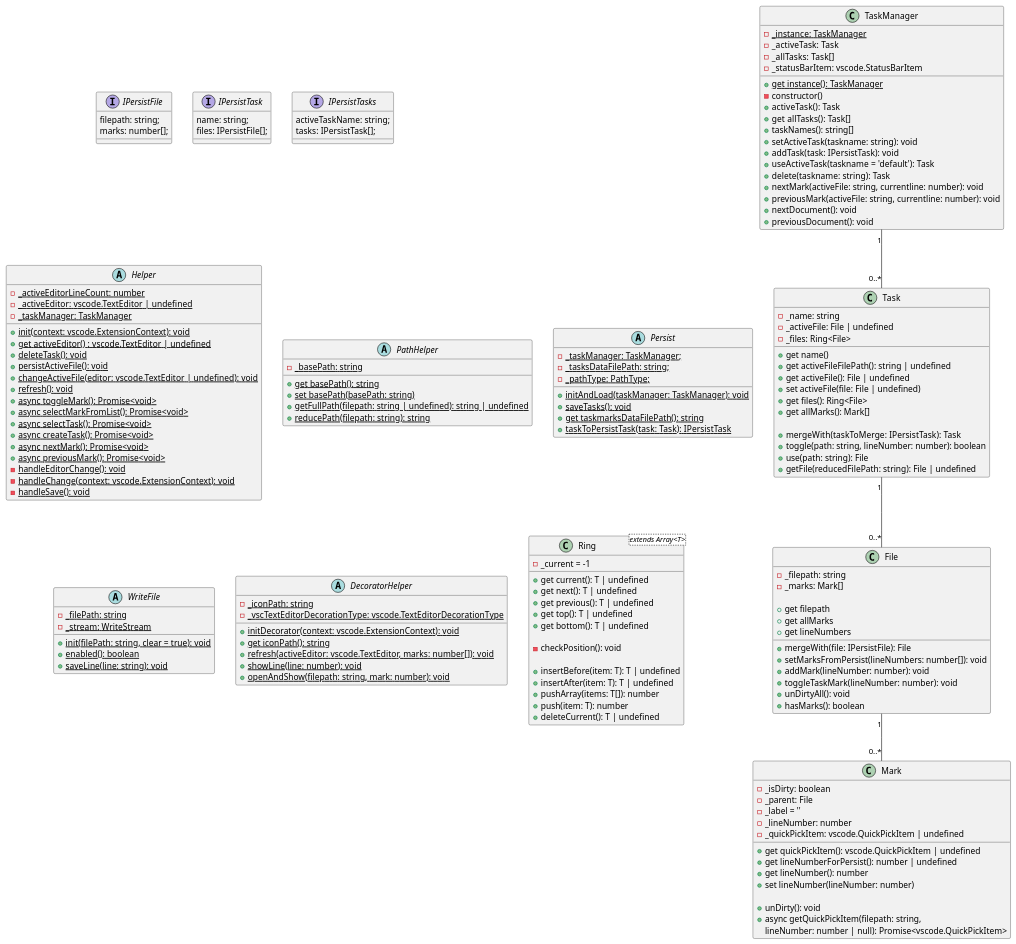
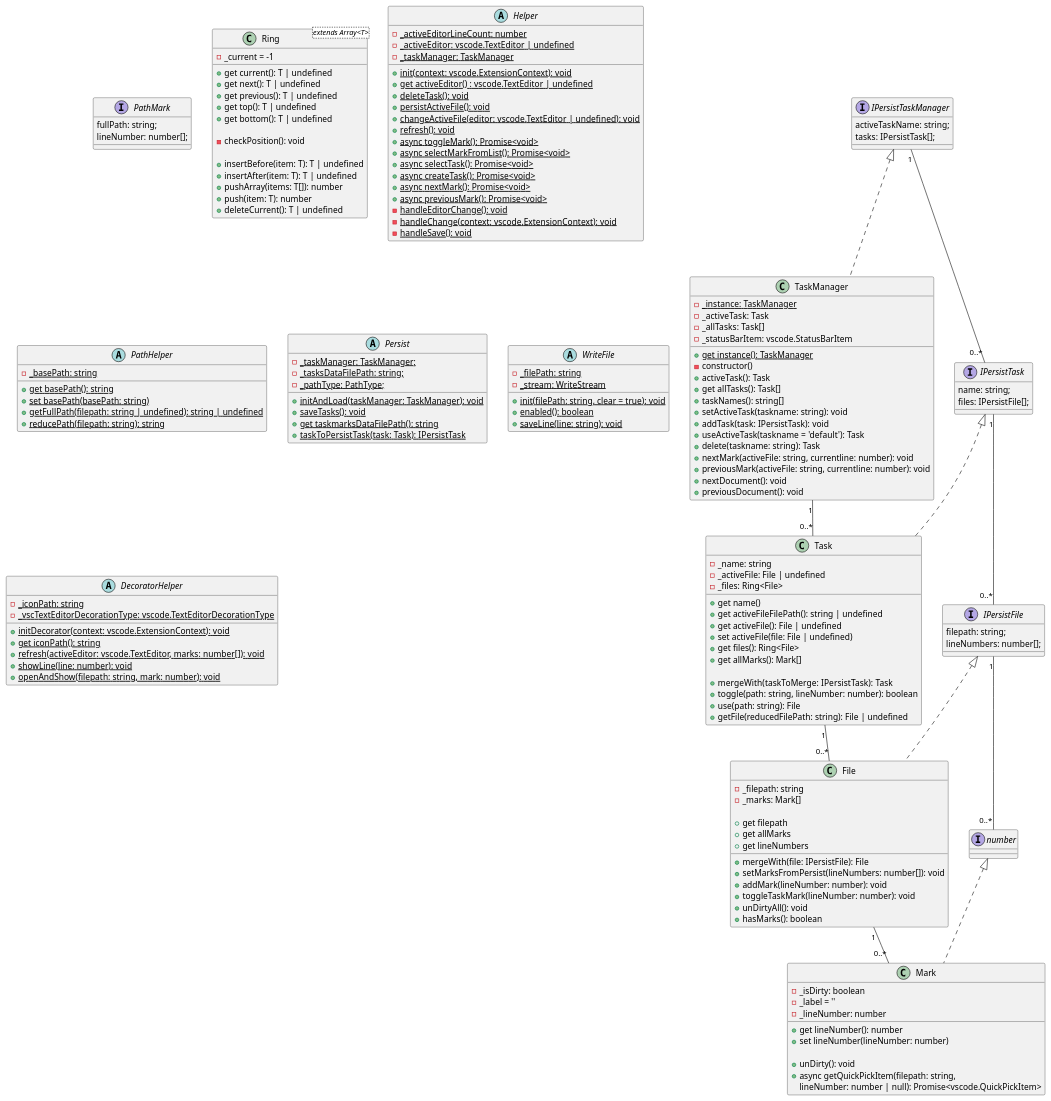
One commit to norbertK/taskmarks changed the diagram in docu/inMemory.puml. Above: the diagram before and after it, drawn with PlantUML. The commit also changed 19 other files, not shown here.

First line of the commit message:
moved getQuickPickItem from Mark to Helper

```diff
--- a/docu/inMemory.puml
+++ b/docu/inMemory.puml
@@ -3,172 +3,186 @@
 @startuml
-
-interface IPersistFile {
-  filepath: string;
-  marks: number[];
-}
-
-interface IPersistTask {
-  name: string;
-  files: IPersistFile[];
-}
-
-interface IPersistTasks {
-  activeTaskName: string;
-  tasks: IPersistTask[];
-}
 
 
 class TaskManager {
     -{static}_instance: TaskManager
     +{static}get instance(): TaskManager
     -constructor()
  -_activeTask: Task
  -_allTasks: Task[]
  -_statusBarItem: vscode.StatusBarItem
 
  +activeTask(): Task
  +get allTasks(): Task[]
  +taskNames(): string[]
  +setActiveTask(taskname: string): void
  +addTask(task: IPersistTask): void
  +useActiveTask(taskname = 'default'): Task
  +delete(taskname: string): Task
  +nextMark(activeFile: string, currentline: number): void
  +previousMark(activeFile: string, currentline: number): void
  +nextDocument(): void
  +previousDocument(): void
 }
 
 class Task {
  -_name: string
  -_activeFile: File | undefined
  -_files: Ring<File>
 
  +get name()
  +get activeFileFilePath(): string | undefined
  +get activeFile(): File | undefined
  +set activeFile(file: File | undefined)
  +get files(): Ring<File>
  +get allMarks(): Mark[] 
 
  +mergeWith(taskToMerge: IPersistTask): Task
  +toggle(path: string, lineNumber: number): boolean
  +use(path: string): File
  +getFile(reducedFilePath: string): File | undefined
+}
+
+class File {
+ -_filepath: string
+ -_marks: Mark[]
+
+ +get filepath
+ +get allMarks
+ +get lineNumbers
+
+ +mergeWith(file: IPersistFile): File
+ +setMarksFromPersist(lineNumbers: number[]): void
+ +addMark(lineNumber: number): void
+ +toggleTaskMark(lineNumber: number): void
+ +unDirtyAll(): void
+ +hasMarks(): boolean
+}
+
+class Mark {
+ -_isDirty: boolean
+ -_label = ''
+ -_lineNumber: number
+
+ +get lineNumber(): number
+ +set lineNumber(lineNumber: number)
+
+ +unDirty(): void
+ +async getQuickPickItem(filepath: string,
+    lineNumber: number | null): Promise<vscode.QuickPickItem>
+}
+
+TaskManager "1" -- "0..*" Task
+Task "1" -- "0..*" File
+File "1" -- "0..*" Mark
+
+
+interface IPersistTaskManager {
+  activeTaskName: string;
+  tasks: IPersistTask[];
+}
+
+interface IPersistTask {
+  name: string;
+  files: IPersistFile[];
+}
+
+interface IPersistFile {
+  filepath: string;
+  lineNumbers: number[];
+}
+interface number {
+}
+
+interface PathMark {
+  fullPath: string;
+  lineNumber: number[];
+}
+
+IPersistTaskManager "1" -- "0..*" IPersistTask
+IPersistTask "1" -- "0..*" IPersistFile
+IPersistFile "1" -- "0..*" number
+
+
+IPersistTaskManager <|.. TaskManager
+IPersistTask <|.. Task
+IPersistFile <|.. File
+number <|.. Mark
+
+class Ring<extends Array<T>> {
+    -_current = -1
+
+    +get current(): T | undefined
+    +get next(): T | undefined
+    +get previous(): T | undefined
+    +get top(): T | undefined
+    +get bottom(): T | undefined
+    
+    -checkPosition(): void
+
+    +insertBefore(item: T): T | undefined
+    +insertAfter(item: T): T | undefined
+    +pushArray(items: T[]): number
+    +push(item: T): number
+    +deleteCurrent(): T | undefined
+
+
 }
 
 abstract class Helper{
     -{static}_activeEditorLineCount: number
     -{static}_activeEditor: vscode.TextEditor | undefined
     -{static}_taskManager: TaskManager
     +{static}init(context: vscode.ExtensionContext): void
     +{static}get activeEditor() : vscode.TextEditor | undefined
     +{static}deleteTask(): void
     +{static}persistActiveFile(): void
     +{static}changeActiveFile(editor: vscode.TextEditor | undefined): void
     +{static}refresh(): void
     +{static}async toggleMark(): Promise<void>
     +{static}async selectMarkFromList(): Promise<void>
     +{static}async selectTask(): Promise<void>
     +{static}async createTask(): Promise<void>
     +{static}async nextMark(): Promise<void>
     +{static}async previousMark(): Promise<void>
     -{static}handleEditorChange(): void
     -{static}handleChange(context: vscode.ExtensionContext): void
     -{static}handleSave(): void
 }
 
 abstract class PathHelper{
     -{static}_basePath: string
     +{static}get basePath(): string
     +{static}set basePath(basePath: string)
     +{static}getFullPath(filepath: string | undefined): string | undefined
     +{static}reducePath(filepath: string): string
 }
 
 abstract class Persist{
     -{static}_taskManager: TaskManager;
     -{static}_tasksDataFilePath: string;
     -{static}_pathType: PathType;
     +{static}initAndLoad(taskManager: TaskManager): void
     +{static}saveTasks(): void
     +{static}get taskmarksDataFilePath(): string
     +{static}taskToPersistTask(task: Task): IPersistTask
 }
 
 abstract class WriteFile{
     -{static}_filePath: string
     -{static}_stream: WriteStream
     +{static}init(filePath: string, clear = true): void
     +{static}enabled(): boolean
     +{static}saveLine(line: string): void
 }
 
 abstract class DecoratorHelper{
     -{static}_iconPath: string
     -{static}_vscTextEditorDecorationType: vscode.TextEditorDecorationType
     +{static}initDecorator(context: vscode.ExtensionContext): void
     +{static}get iconPath(): string
     +{static}refresh(activeEditor: vscode.TextEditor, marks: number[]): void
     +{static}showLine(line: number): void
     +{static}openAndShow(filepath: string, mark: number): void
 }
 
-class Ring<extends Array<T>> {
-    -_current = -1
-
-    +get current(): T | undefined
-    +get next(): T | undefined
-    +get previous(): T | undefined
-    +get top(): T | undefined
-    +get bottom(): T | undefined
-    
-    -checkPosition(): void
-
-    +insertBefore(item: T): T | undefined
-    +insertAfter(item: T): T | undefined
-    +pushArray(items: T[]): number
-    +push(item: T): number
-    +deleteCurrent(): T | undefined
-
-
-}
-
-class File {
- -_filepath: string
- -_marks: Mark[]
-
- +get filepath
- +get allMarks
- +get lineNumbers
-
- +mergeWith(file: IPersistFile): File
- +setMarksFromPersist(lineNumbers: number[]): void
- +addMark(lineNumber: number): void
- +toggleTaskMark(lineNumber: number): void
- +unDirtyAll(): void
- +hasMarks(): boolean
-}
-
-class Mark {
- -_isDirty: boolean
- -_parent: File
- -_label = ''
- -_lineNumber: number
- -_quickPickItem: vscode.QuickPickItem | undefined
-
- +get quickPickItem(): vscode.QuickPickItem | undefined
- +get lineNumberForPersist(): number | undefined
- +get lineNumber(): number
- +set lineNumber(lineNumber: number)
-
- +unDirty(): void
- +async getQuickPickItem(filepath: string,
-    lineNumber: number | null): Promise<vscode.QuickPickItem>
-}
-
-TaskManager "1" -- "0..*" Task
-Task "1" -- "0..*" File
-File "1" -- "0..*" Mark
-
 @enduml
```
